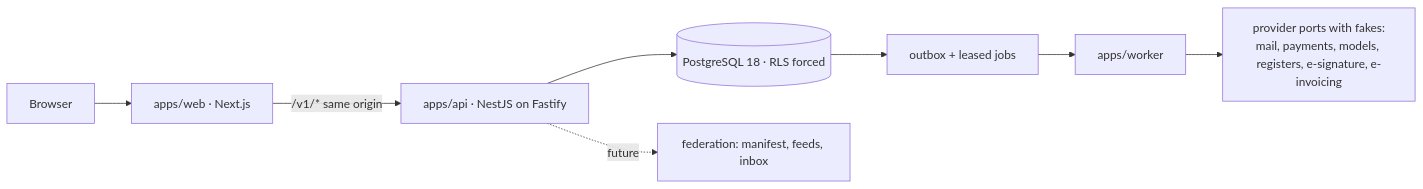
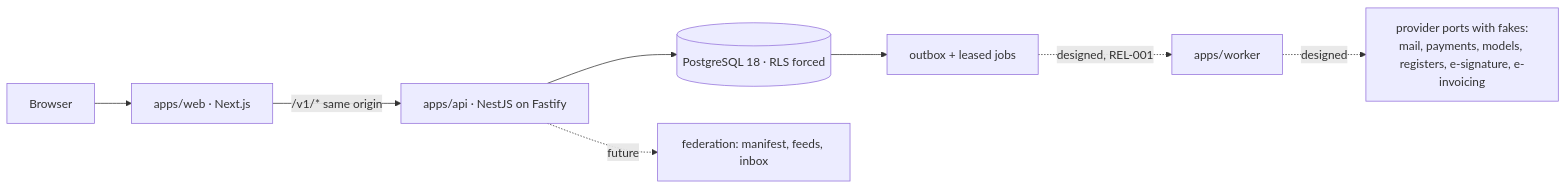
Before and after one commit to Contribuda/trustwork: the diagram in docs/engine/architecture.md, drawn with Mermaid. The commit also changed other lines of this file and 31 other files, not shown here.

````diff
--- a/docs/engine/architecture.md
+++ b/docs/engine/architecture.md
@@ -9,10 +9,10 @@
 ```mermaid
 flowchart LR
   Browser --> Web[apps/web · Next.js]
   Web -->|/v1/* same origin| API[apps/api · NestJS on Fastify]
   API --> DB[(PostgreSQL 18 · RLS forced)]
   DB --> Outbox[outbox + leased jobs]
-  Outbox --> Worker[apps/worker]
-  Worker --> Ports[provider ports with fakes:<br/>mail, payments, models, registers, e-signature, e-invoicing]
+  Outbox -. designed, REL-001 .-> Worker[apps/worker]
+  Worker -. designed .-> Ports[provider ports with fakes:<br/>mail, payments, models, registers, e-signature, e-invoicing]
   API -. future .-> Mesh[federation: manifest, feeds, inbox]
 ```
````
